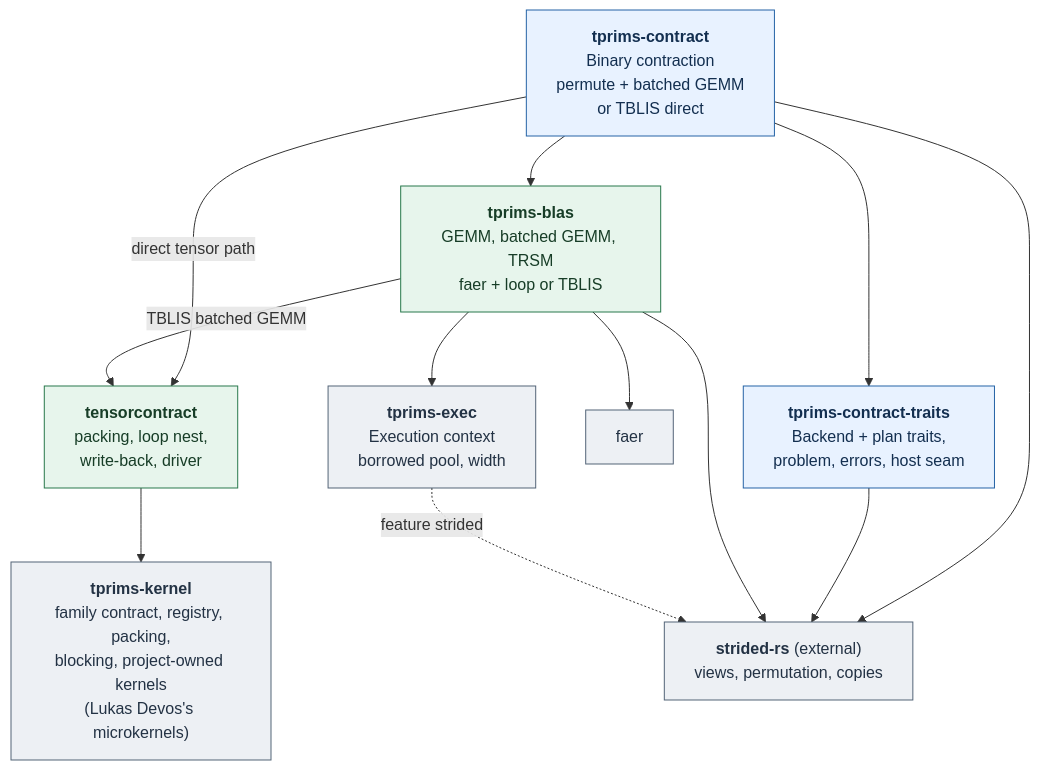
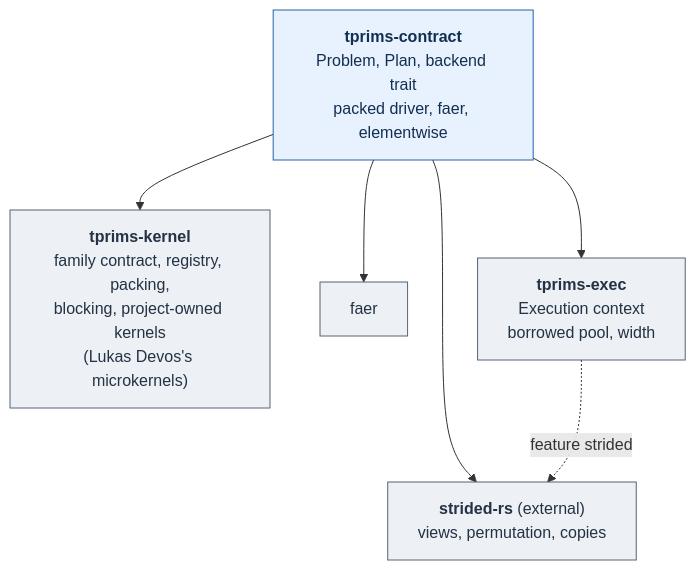
The first of 2 diagrams in README.md (shinaoka/tensoralgebra-rs), drawn with Mermaid before and after one commit. The commit also changed other lines of this file and 23 other files, not shown here.

First line of the commit message:
Docs for the contract consolidation: migration guide, README, architecture, decision log; CI lines

````diff
--- a/README.md
+++ b/README.md
@@ -37,29 +39,17 @@
 ```mermaid
 flowchart TB
-    CT["<b>tprims-contract</b><br/>Binary contraction<br/>permute + batched GEMM<br/>or TBLIS direct"]
-    BL["<b>tprims-blas</b><br/>GEMM, batched GEMM, TRSM<br/>faer + loop or TBLIS"]
-    TC["<b>tensorcontract</b><br/>packing, loop nest,<br/>write-back, driver"]
+    CT["<b>tprims-contract</b><br/>Problem, Plan, backend trait<br/>packed driver, faer, elementwise"]
     GK["<b>tprims-kernel</b><br/>family contract, registry, packing,<br/>blocking, project-owned kernels<br/>(Lukas Devos's microkernels)"]
-    TR["<b>tprims-contract-traits</b><br/>Backend + plan traits,<br/>problem, errors, host seam"]
     FA["faer"]
     ST["<b>strided-rs</b> (external)<br/>views, permutation, copies"]
     EX["<b>tprims-exec</b><br/>Execution context<br/>borrowed pool, width"]
-    CT --> BL
-    BL --> FA
-    CT -->|"direct tensor path"| TC
-    BL -->|"TBLIS batched GEMM"| TC
-    TC --> GK
+    CT --> GK
+    CT --> FA
     CT --> ST
-    CT --> TR
-    TR --> ST
-    BL --> ST
-    BL --> EX
+    CT --> EX
     EX -.->|"feature strided"| ST
     classDef tensor fill:#e8f2ff,stroke:#2563a6,color:#132f50
-    classDef matrix fill:#e7f5ec,stroke:#28784c,color:#173d27
     classDef base fill:#edf0f4,stroke:#536477,color:#233244
-    class CT,TR tensor
-    class BL,TC matrix
-    class GK base
-    class FA,ST,EX base
+    class CT tensor
+    class GK,FA,ST,EX base
 ```
````
